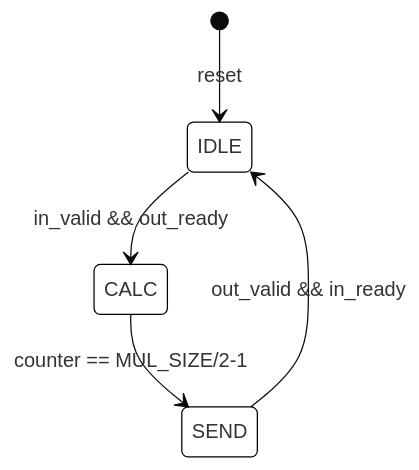
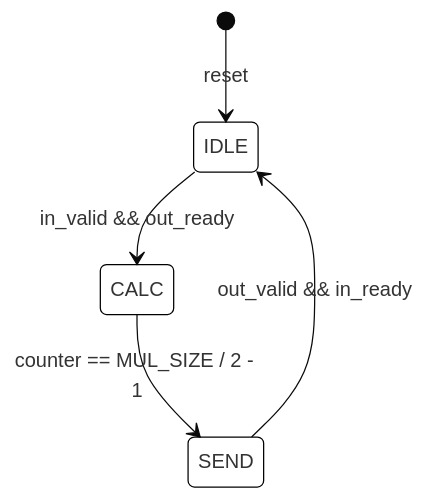
One commit to EsaLongs/EESM6000C_CL changed the diagram in Lab_3/Booth4_multiplier/README.md. Above: the diagram before and after it, drawn with Mermaid.

````diff
--- a/Lab_3/Booth4_multiplier/README.md
+++ b/Lab_3/Booth4_multiplier/README.md
@@ -10,19 +10,19 @@
 ```mermaid
 
 %%{
   init: {
     'theme': 'base',
     'themeVariables': {
       'primaryColor': 'transparent',
       'primaryBorderColor': '#000000',
       'fontFamily': 'Times New Roman'
     }
   }
 }%%
 
 stateDiagram-v2
     [*] --> IDLE : reset
     IDLE --> CALC : in_valid && out_ready
-    CALC --> SEND : counter == MUL_SIZE/2-1
+    CALC --> SEND : counter == MUL_SIZE / 2 - 1
     SEND --> IDLE : out_valid && in_ready
 ```
````
